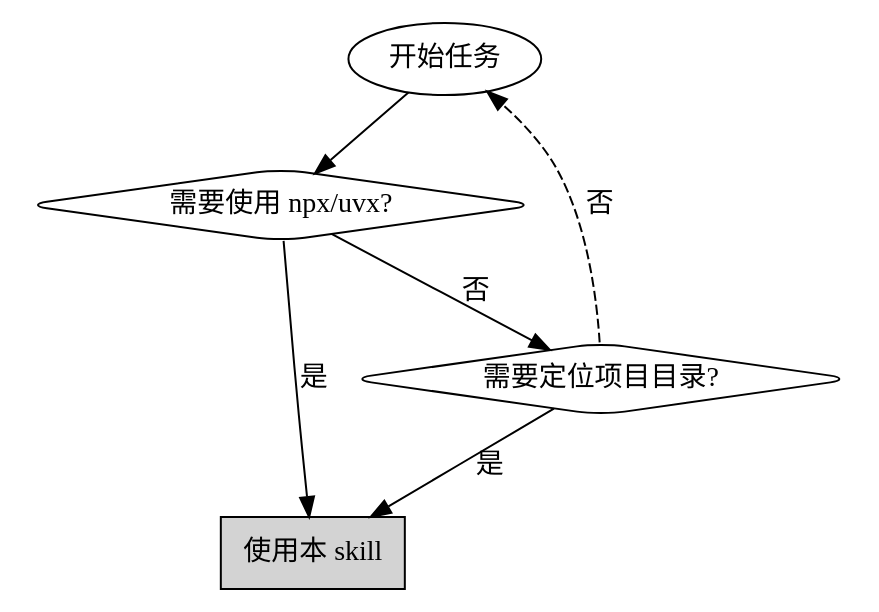
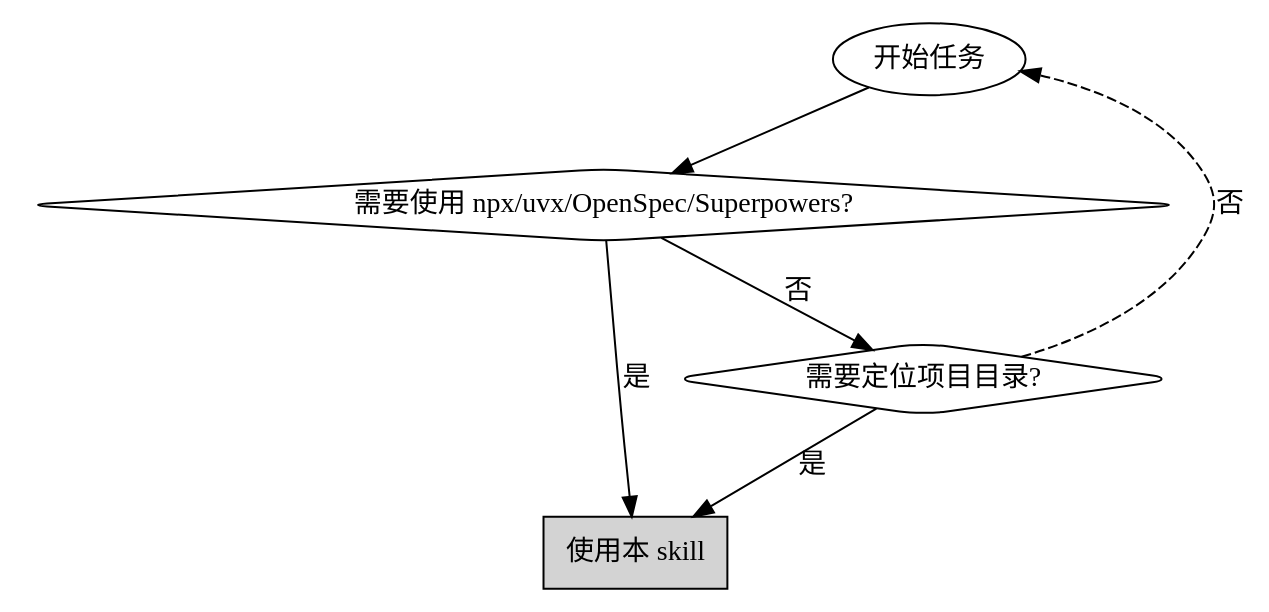
The first of 2 diagrams in cadence-init/skills/pre-check/SKILL.md (michaelChe956/Cadence-skills), drawn with Graphviz before and after one commit. The commit also changed other lines of this file and 5 other files, not shown here.

````diff
--- a/cadence-init/skills/pre-check/SKILL.md
+++ b/cadence-init/skills/pre-check/SKILL.md
@@ -22,17 +42,17 @@
 ```dot
 digraph when_to_use {
     rankdir=TB;
     node [shape=box, style="rounded"];
 
     start [label="开始任务", shape=ellipse];
-    need_tools [label="需要使用 npx/uvx?", shape=diamond];
+    need_tools [label="需要使用 npx/uvx/OpenSpec/Superpowers?", shape=diamond];
     need_project [label="需要定位项目目录?", shape=diamond];
     use_skill [label="使用本 skill", shape=box, style=filled];
 
     start -> need_tools;
     need_tools -> use_skill [label="是"];
     need_tools -> need_project [label="否"];
     need_project -> use_skill [label="是"];
     need_project -> start [label="否", style=dashed];
 }
 ```
````
